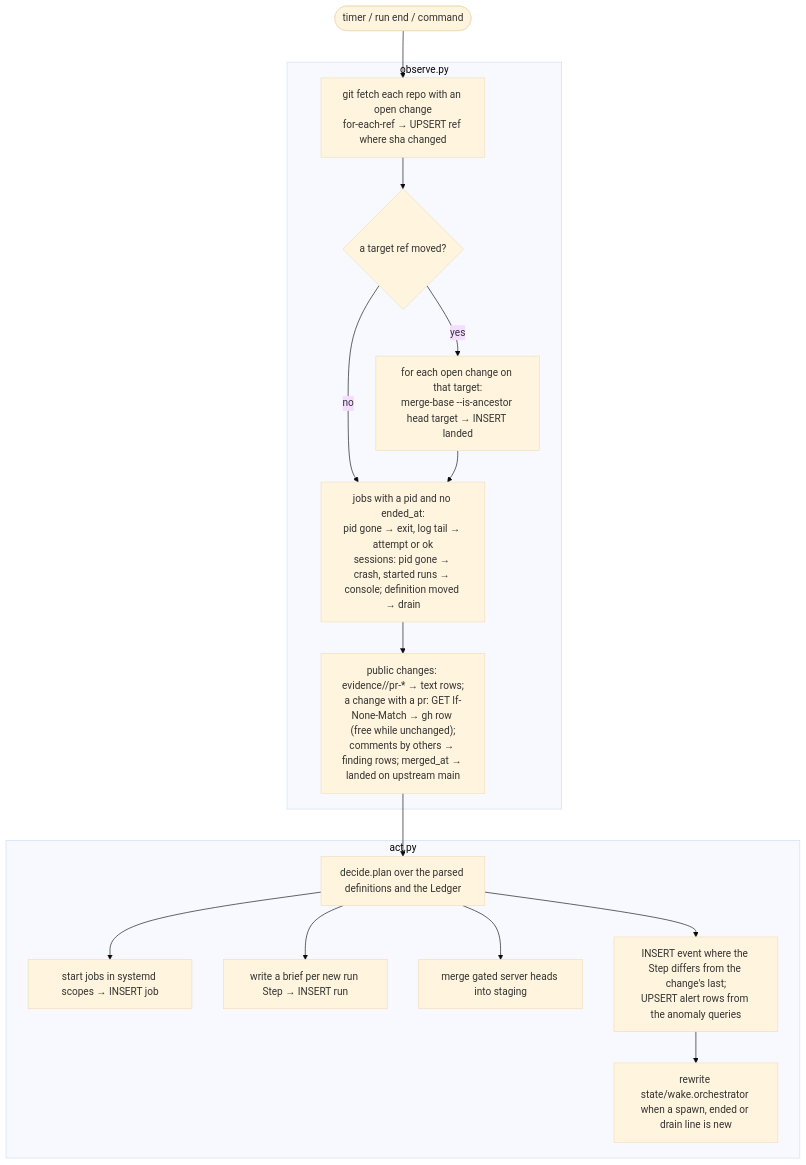
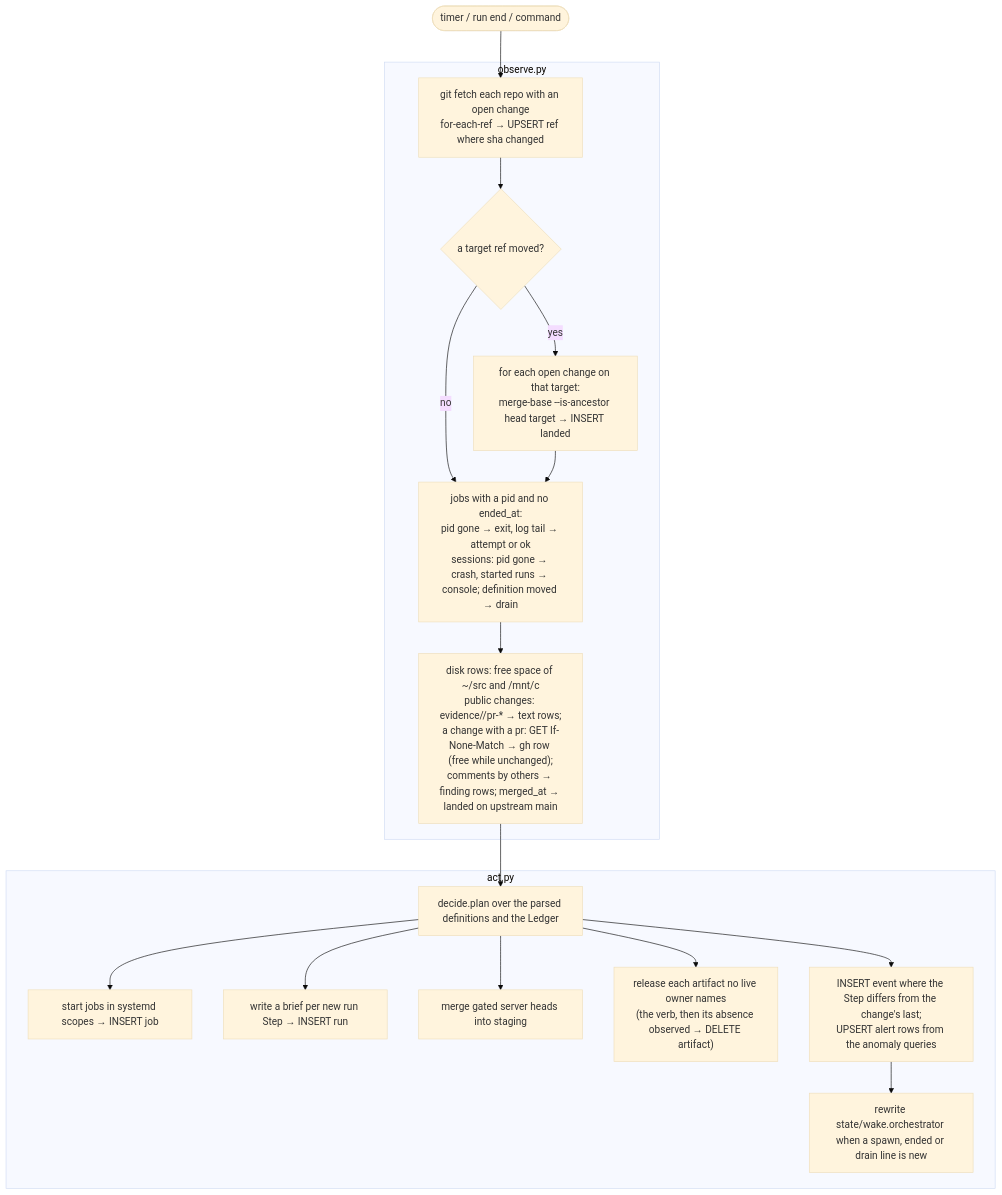
The third of 7 diagrams in docs/ARCHITECTURE.md (AlexPerrin/RuneHarness), drawn with Mermaid (base theme) before and after one commit. The commit also changed other lines of this file and 23 other files, not shown here.

````diff
--- a/docs/ARCHITECTURE.md
+++ b/docs/ARCHITECTURE.md
@@ -303,19 +316,20 @@
 ```mermaid
 flowchart TD
   T0([timer / run end / command]) --> F
   subgraph OBS["observe.py"]
     F["git fetch each repo with an open change<br/>for-each-ref → UPSERT ref where sha changed"] --> L{"a target ref moved?"}
     L -- yes --> LA["for each open change on that target:<br/>merge-base --is-ancestor head target → INSERT landed"]
     L -- no --> P
     LA --> P["jobs with a pid and no ended_at:<br/>pid gone → exit, log tail → attempt or ok<br/>sessions: pid gone → crash, started runs → console; definition moved → drain"]
-    P --> GH["public changes: evidence/<slug>/pr-* → text rows;<br/>a change with a pr: GET If-None-Match → gh row (free while unchanged);<br/>comments by others → finding rows; merged_at → landed on upstream main"]
+    P --> GH["disk rows: free space of ~/src and /mnt/c<br/>public changes: evidence/<slug>/pr-* → text rows;<br/>a change with a pr: GET If-None-Match → gh row (free while unchanged);<br/>comments by others → finding rows; merged_at → landed on upstream main"]
   end
   GH --> D["decide.plan over the parsed definitions and the Ledger"]
   subgraph ACT["act.py"]
     D --> S["start jobs in systemd scopes → INSERT job"]
     D --> B["write a brief per new run Step → INSERT run"]
     D --> M["merge gated server heads into staging"]
+    D --> R["release each artifact no live owner names<br/>(the verb, then its absence observed → DELETE artifact)"]
     D --> E["INSERT event where the Step differs from the change's last;<br/>UPSERT alert rows from the anomaly queries"]
     E --> W["rewrite state/wake.orchestrator when a spawn, ended or drain line is new"]
   end
 ```
````
